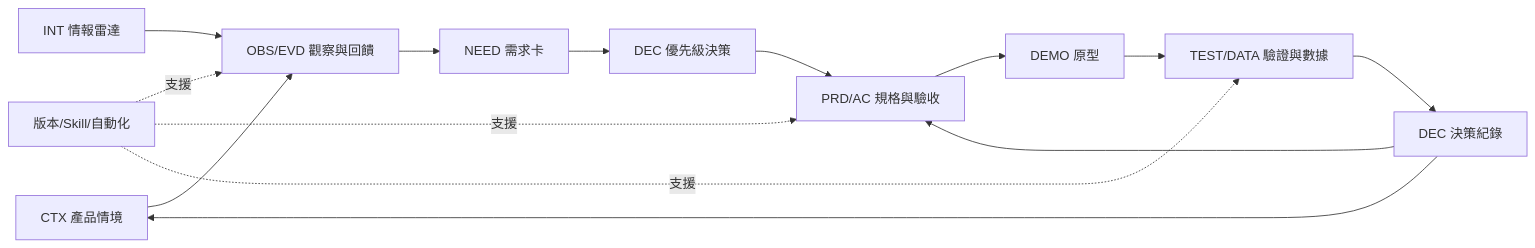
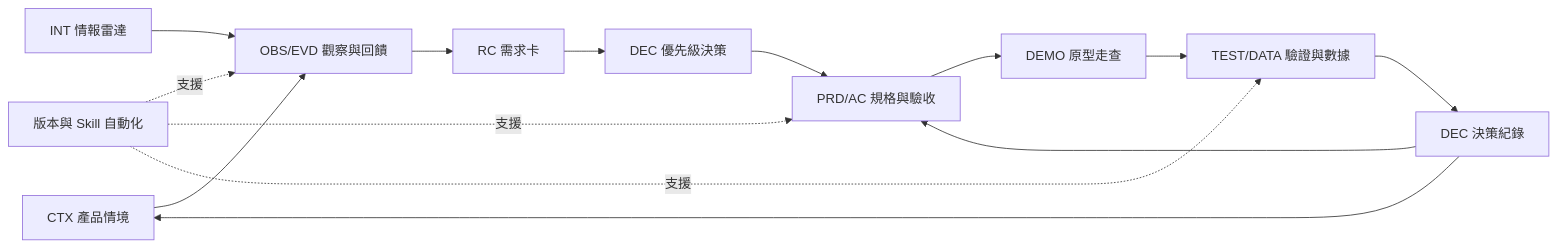
One commit to AdaaWu/2026ithome-claude-skills changed the diagram in articles/day-29.md. Above: the diagram before and after it, drawn with Mermaid. The commit also changed other lines of this file and 65 other files, not shown here.

````diff
--- a/articles/day-29.md
+++ b/articles/day-29.md
@@ -59,16 +21,16 @@
 ```mermaid
 flowchart LR
   A[CTX 產品情境] --> B[OBS/EVD 觀察與回饋]
-  B --> C[NEED 需求卡]
+  B --> C[RC 需求卡]
   C --> D[DEC 優先級決策]
   D --> E[PRD/AC 規格與驗收]
-  E --> F[DEMO 原型]
+  E --> F[DEMO 原型走查]
   F --> G[TEST/DATA 驗證與數據]
   G --> H[DEC 決策紀錄]
   I[INT 情報雷達] --> B
   H --> A
   H --> E
-  J[版本/Skill/自動化] -.支援.-> B
+  J[版本與 Skill 自動化] -.支援.-> B
   J -.支援.-> E
   J -.支援.-> G
 ```
````
